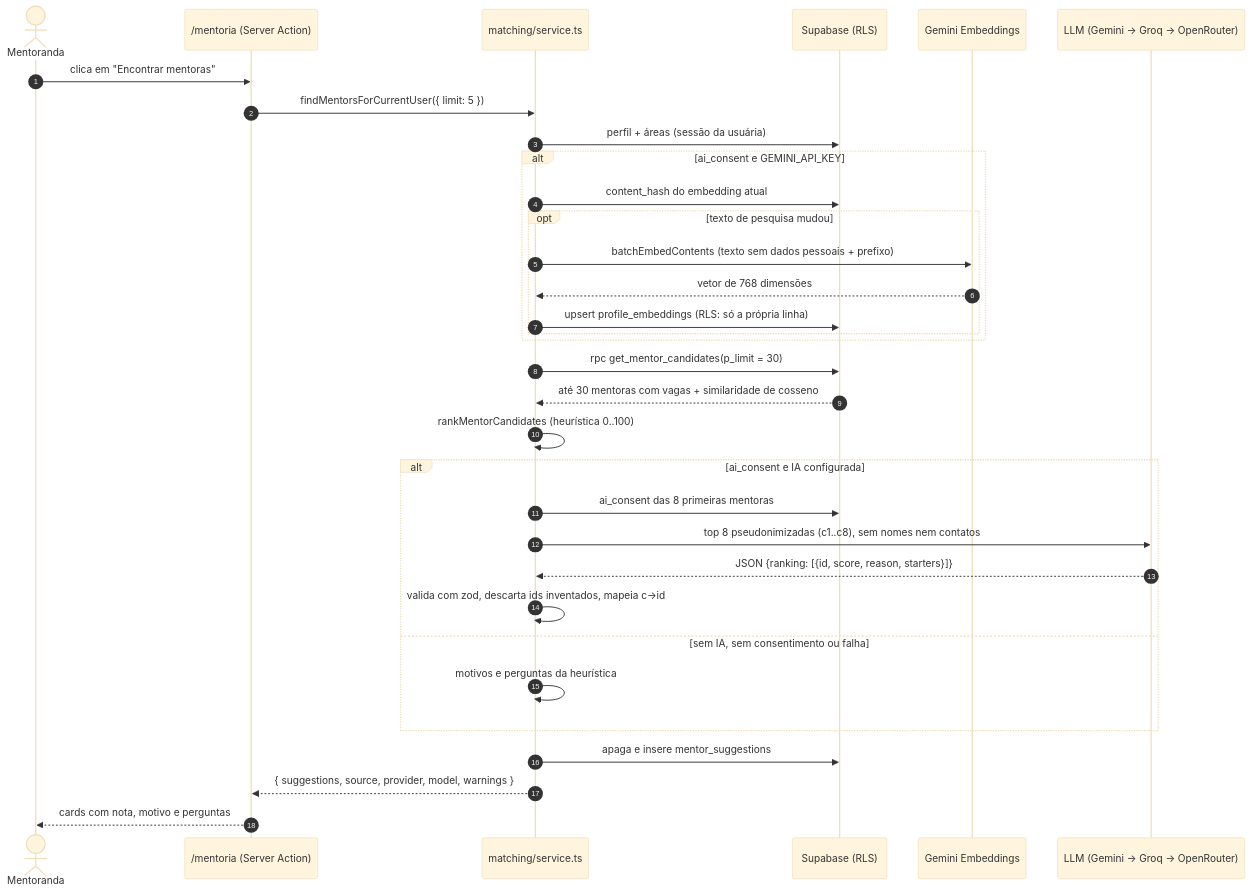
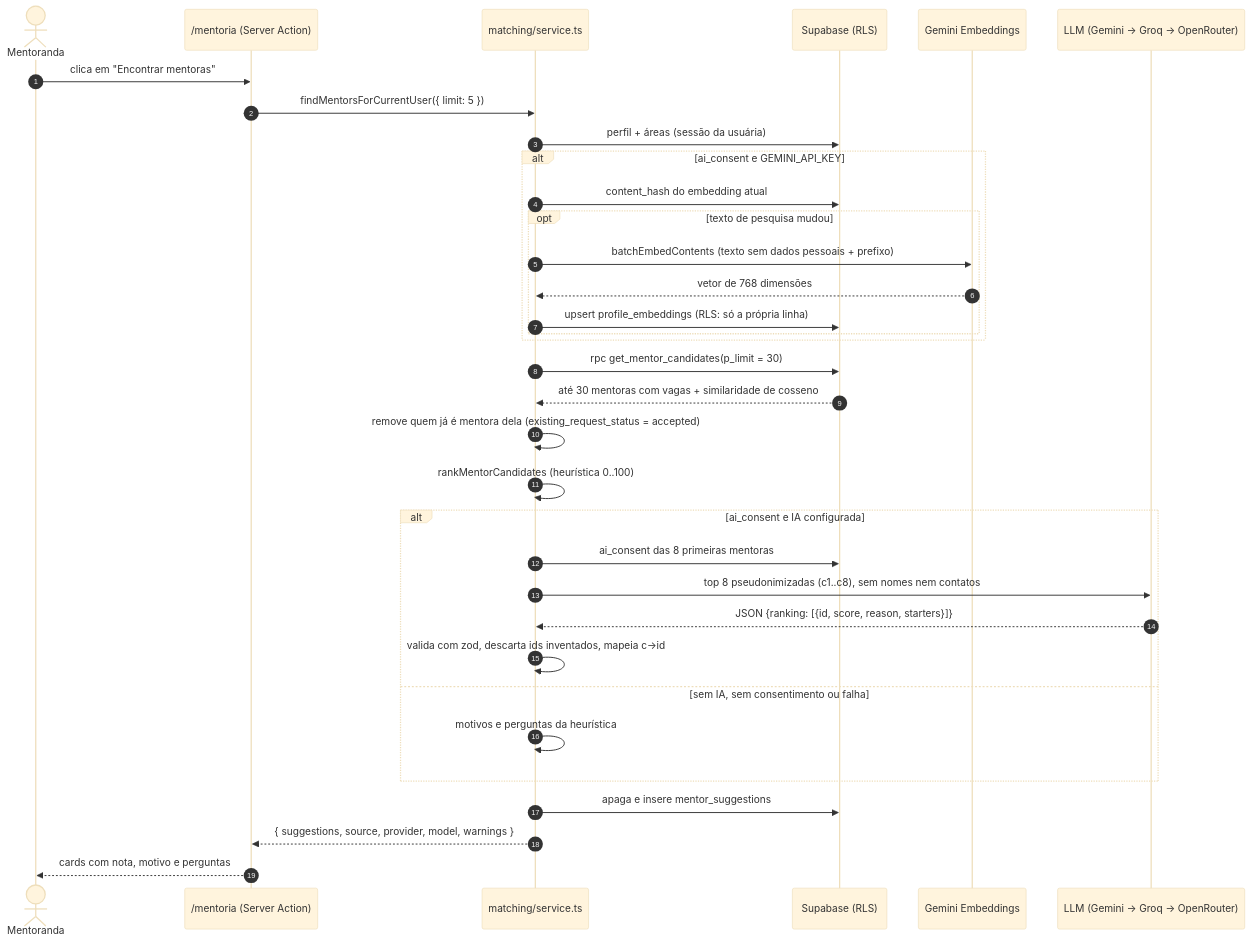
Before and after one commit to henriquecarvalhodeandrade/hackathon-ifsp-jcr-ciencia-delas-2026: the diagram in docs/04-mentoria-com-ia.md, drawn with Mermaid (base theme). The commit also changed other lines of this file and 62 other files, not shown here.

````diff
--- a/docs/04-mentoria-com-ia.md
+++ b/docs/04-mentoria-com-ia.md
@@ -108,36 +120,37 @@
 ```mermaid
 sequenceDiagram
   autonumber
   actor M as Mentoranda
   participant UI as /mentoria (Server Action)
   participant S as matching/service.ts
   participant DB as Supabase (RLS)
   participant E as Gemini Embeddings
   participant L as LLM (Gemini → Groq → OpenRouter)
 
   M->>UI: clica em "Encontrar mentoras"
   UI->>S: findMentorsForCurrentUser({ limit: 5 })
   S->>DB: perfil + áreas (sessão da usuária)
   alt ai_consent e GEMINI_API_KEY
     S->>DB: content_hash do embedding atual
     opt texto de pesquisa mudou
       S->>E: batchEmbedContents (texto sem dados pessoais + prefixo)
       E-->>S: vetor de 768 dimensões
       S->>DB: upsert profile_embeddings (RLS: só a própria linha)
     end
   end
   S->>DB: rpc get_mentor_candidates(p_limit = 30)
   DB-->>S: até 30 mentoras com vagas + similaridade de cosseno
+  S->>S: remove quem já é mentora dela (existing_request_status = accepted)
   S->>S: rankMentorCandidates (heurística 0..100)
   alt ai_consent e IA configurada
     S->>DB: ai_consent das 8 primeiras mentoras
     S->>L: top 8 pseudonimizadas (c1..c8), sem nomes nem contatos
     L-->>S: JSON {ranking: [{id, score, reason, starters}]}
     S->>S: valida com zod, descarta ids inventados, mapeia c→id
   else sem IA, sem consentimento ou falha
     S->>S: motivos e perguntas da heurística
   end
   S->>DB: apaga e insere mentor_suggestions
   S-->>UI: { suggestions, source, provider, model, warnings }
   UI-->>M: cards com nota, motivo e perguntas
 ```
````
